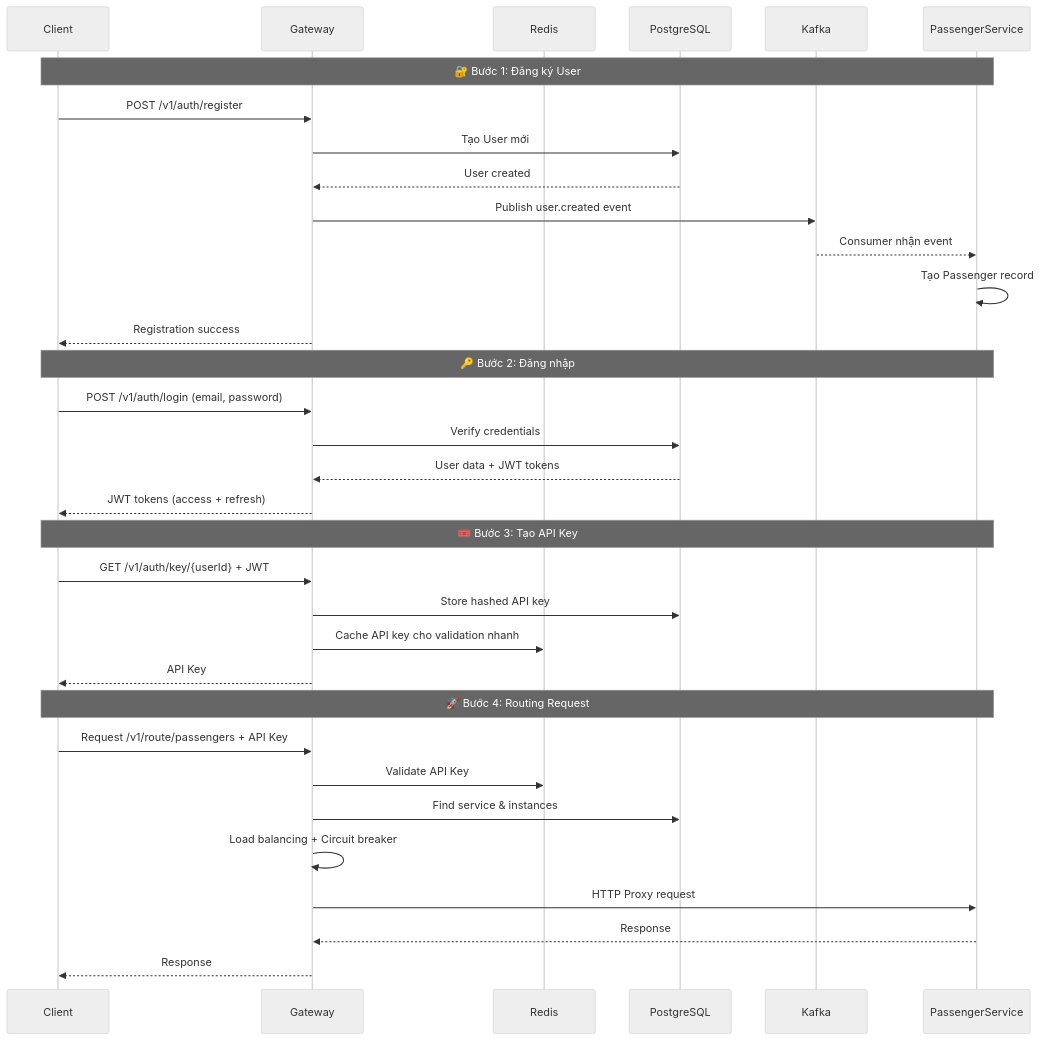
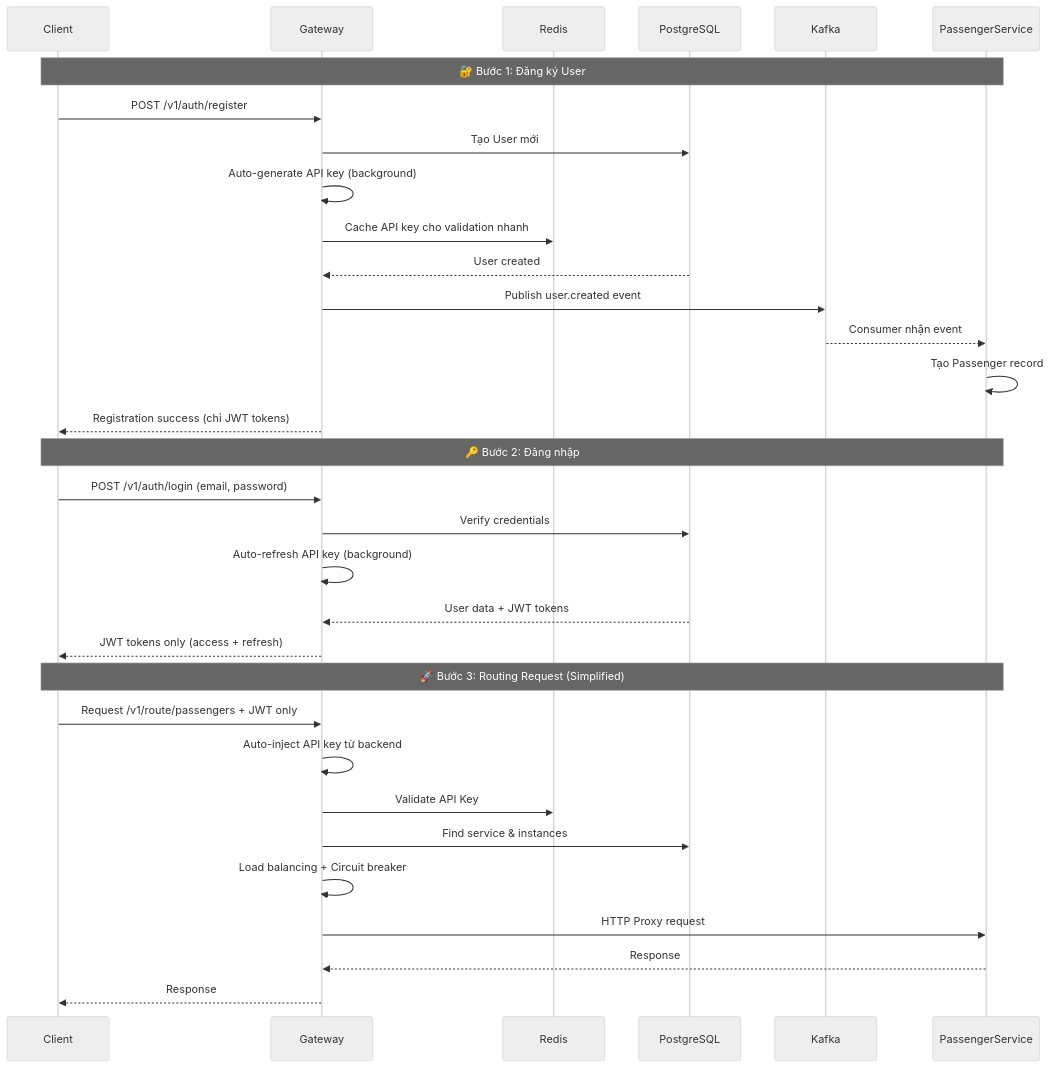
One commit to NamPhAm-Work423/Metro-backend changed the second of 10 diagrams in api-gateway/DOCUMENTATION.md. Above: the diagram before and after it, drawn with Mermaid (neutral theme). The commit also changed other lines of this file and 6 other files, not shown here.

````diff
--- a/api-gateway/DOCUMENTATION.md
+++ b/api-gateway/DOCUMENTATION.md
@@ -54,39 +54,37 @@
 ```mermaid
 sequenceDiagram
     participant Client
     participant Gateway
     participant Redis
     participant PostgreSQL
     participant Kafka
     participant PassengerService
     
     Note over Client,PassengerService: 🔐 Bước 1: Đăng ký User
     Client->>Gateway: POST /v1/auth/register
     Gateway->>PostgreSQL: Tạo User mới
+    Gateway->>Gateway: Auto-generate API key (background)
+    Gateway->>Redis: Cache API key cho validation nhanh
     PostgreSQL-->>Gateway: User created
     Gateway->>Kafka: Publish user.created event
     Kafka-->>PassengerService: Consumer nhận event
     PassengerService->>PassengerService: Tạo Passenger record
-    Gateway-->>Client: Registration success
+    Gateway-->>Client: Registration success (chỉ JWT tokens)
     
     Note over Client,PassengerService: 🔑 Bước 2: Đăng nhập
     Client->>Gateway: POST /v1/auth/login (email, password)
     Gateway->>PostgreSQL: Verify credentials
+    Gateway->>Gateway: Auto-refresh API key (background)
     PostgreSQL-->>Gateway: User data + JWT tokens
-    Gateway-->>Client: JWT tokens (access + refresh)
+    Gateway-->>Client: JWT tokens only (access + refresh)
     
-    Note over Client,PassengerService: 🎟️ Bước 3: Tạo API Key  
-    Client->>Gateway: GET /v1/auth/key/{userId} + JWT
-    Gateway->>PostgreSQL: Store hashed API key
-    Gateway->>Redis: Cache API key cho validation nhanh
-    Gateway-->>Client: API Key
-    
-    Note over Client,PassengerService: 🚀 Bước 4: Routing Request
-    Client->>Gateway: Request /v1/route/passengers + API Key
+    Note over Client,PassengerService: 🚀 Bước 3: Routing Request (Simplified)
+    Client->>Gateway: Request /v1/route/passengers + JWT only
+    Gateway->>Gateway: Auto-inject API key từ backend
     Gateway->>Redis: Validate API Key
     Gateway->>PostgreSQL: Find service & instances
     Gateway->>Gateway: Load balancing + Circuit breaker
     Gateway->>PassengerService: HTTP Proxy request
     PassengerService-->>Gateway: Response
     Gateway-->>Client: Response
 ```
````
